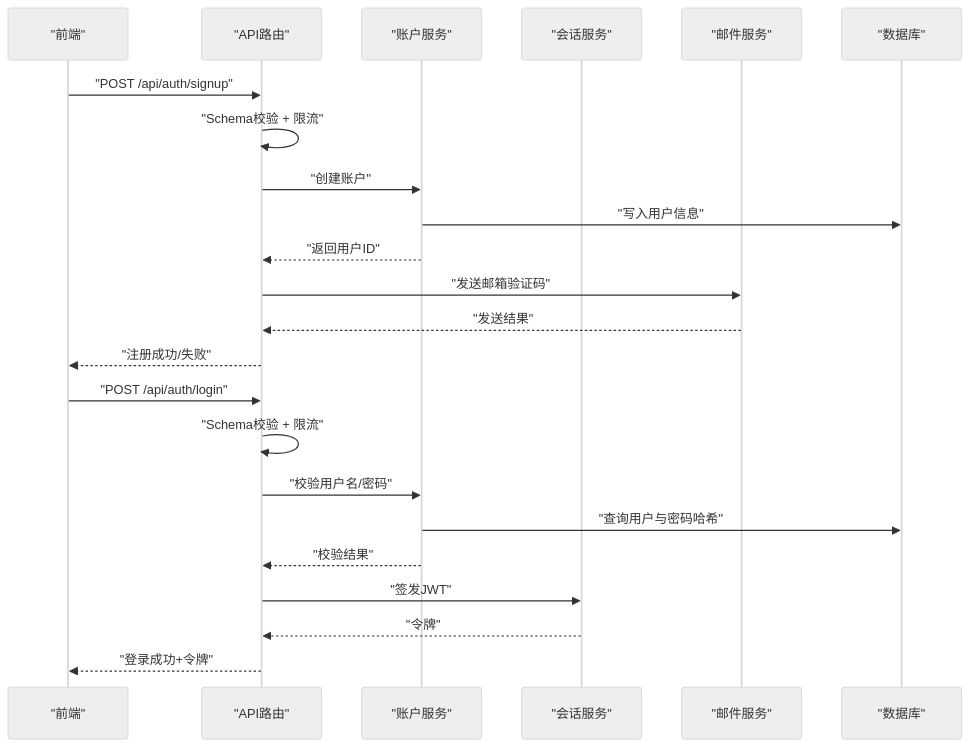
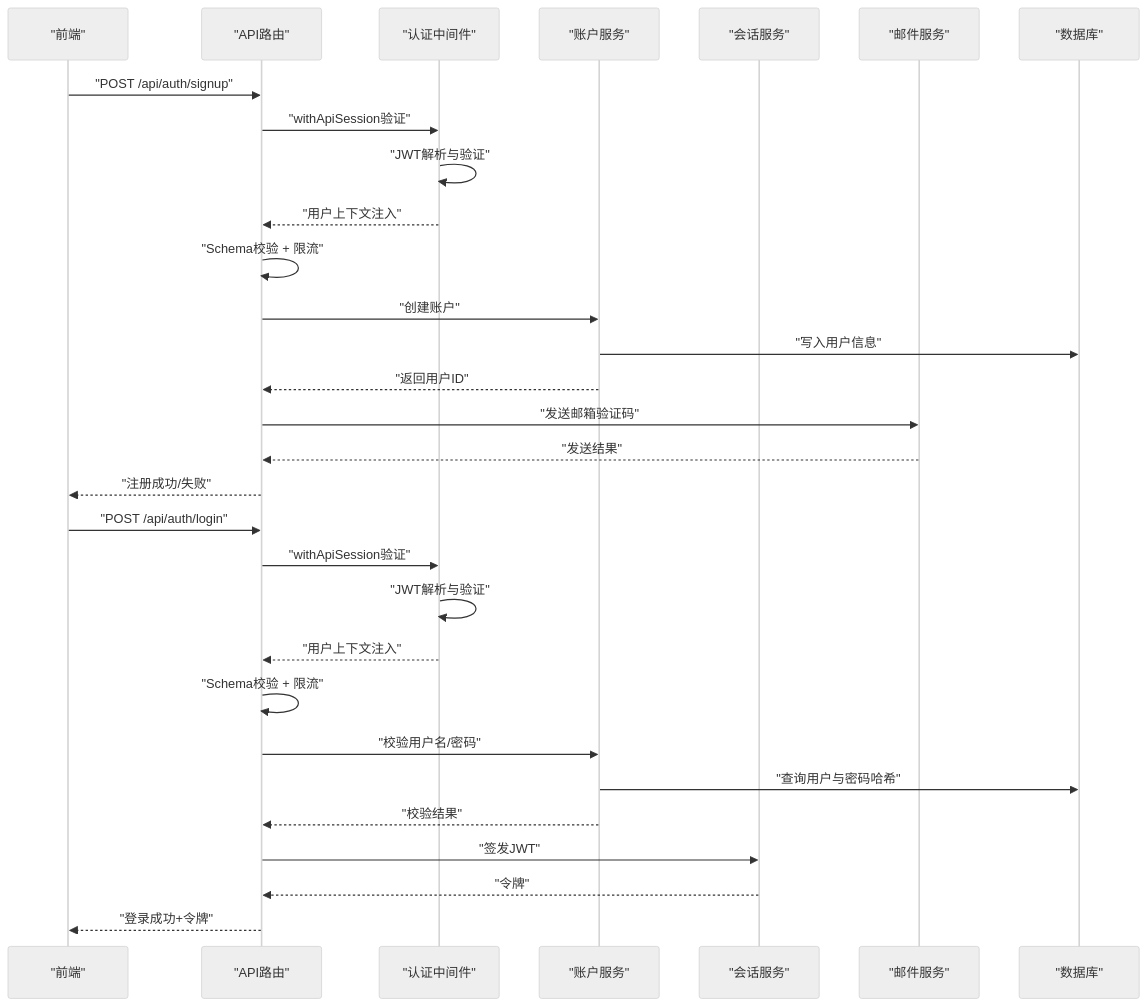
One commit to scottcwy/PurpleInk changed the second of 11 diagrams in .qoder/repowiki/zh/content/后端架构/安全与认证.md. Above: the diagram before and after it, drawn with Mermaid (neutral theme). The commit also changed other lines of this file and 109 other files, not shown here.

````diff
--- a/.qoder/repowiki/zh/content/后端架构/安全与认证.md
+++ b/.qoder/repowiki/zh/content/后端架构/安全与认证.md
@@ -210,25 +229,32 @@
 ```mermaid
 sequenceDiagram
 participant FE as "前端"
 participant API as "API路由"
+participant Middleware as "认证中间件"
 participant AuthSvc as "账户服务"
 participant Sess as "会话服务"
 participant Mail as "邮件服务"
 participant DB as "数据库"
 FE->>API : "POST /api/auth/signup"
+API->>Middleware : "withApiSession验证"
+Middleware->>Middleware : "JWT解析与验证"
+Middleware-->>API : "用户上下文注入"
 API->>API : "Schema校验 + 限流"
 API->>AuthSvc : "创建账户"
 AuthSvc->>DB : "写入用户信息"
 AuthSvc-->>API : "返回用户ID"
 API->>Mail : "发送邮箱验证码"
 Mail-->>API : "发送结果"
 API-->>FE : "注册成功/失败"
 FE->>API : "POST /api/auth/login"
+API->>Middleware : "withApiSession验证"
+Middleware->>Middleware : "JWT解析与验证"
+Middleware-->>API : "用户上下文注入"
 API->>API : "Schema校验 + 限流"
 API->>AuthSvc : "校验用户名/密码"
 AuthSvc->>DB : "查询用户与密码哈希"
 AuthSvc-->>API : "校验结果"
 API->>Sess : "签发JWT"
 Sess-->>API : "令牌"
 API-->>FE : "登录成功+令牌"
 ```
````
